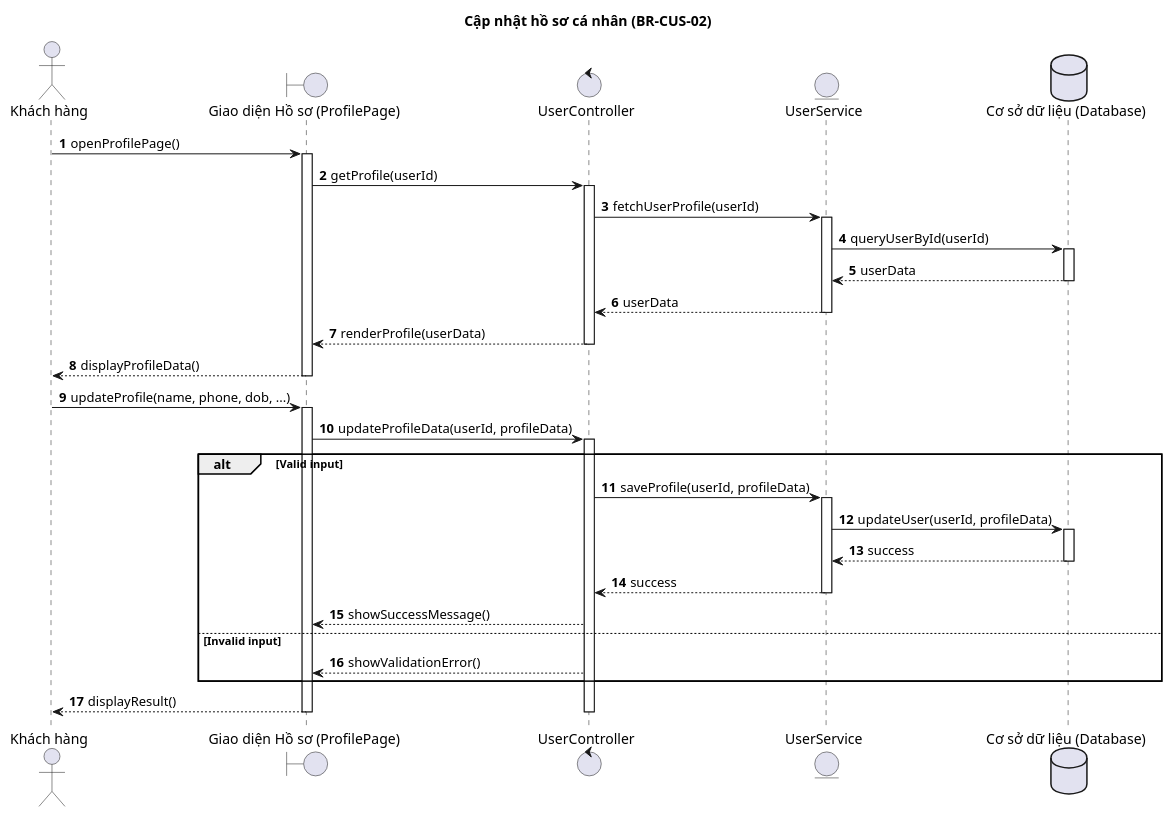
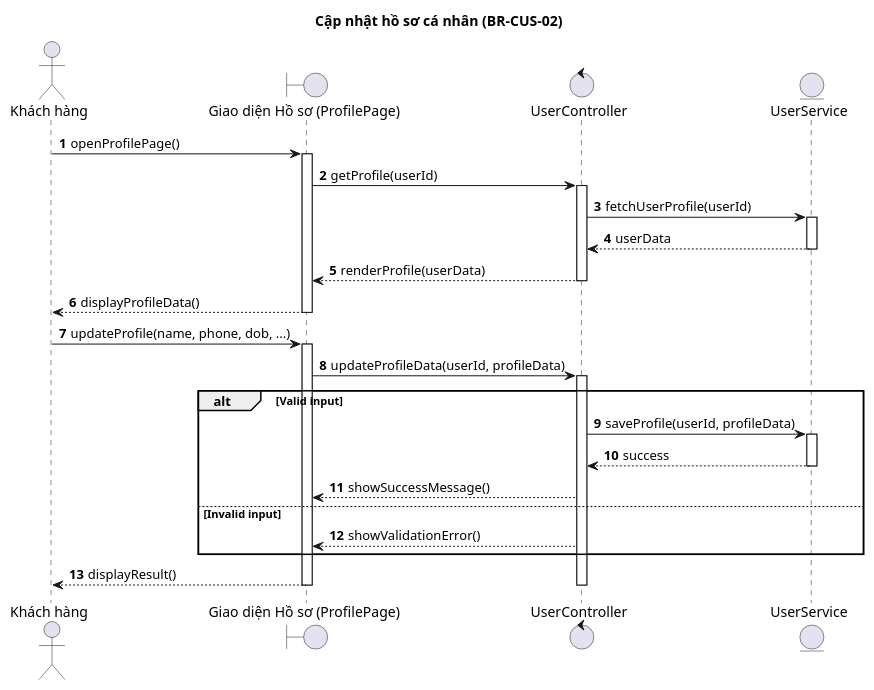
Before and after one commit to Ngo-The-Dat/e-voucher-system: the diagram in doc/sequence/KhachHang/Cap_nhat_ho_so.wsd, drawn with PlantUML. The commit also changed 7 other files, not shown here.

Commit message:
docs: 📖 update customer sequence diagrams to remove internal DB interactions and match current implementation

```diff
--- a/doc/sequence/KhachHang/Cap_nhat_ho_so.wsd
+++ b/doc/sequence/KhachHang/Cap_nhat_ho_so.wsd
@@ -1,48 +1,39 @@
 @startuml
 title Cập nhật hồ sơ cá nhân (BR-CUS-02)
 
 autonumber
 actor "Khách hàng" as KH
 boundary "Giao diện Hồ sơ (ProfilePage)" as UI
 control "UserController" as Controller
 entity "UserService" as Service
-database "Cơ sở dữ liệu (Database)" as DB
 
 KH -> UI : openProfilePage()
 activate UI
 UI -> Controller : getProfile(userId)
 activate Controller
 Controller -> Service : fetchUserProfile(userId)
 activate Service
-Service -> DB : queryUserById(userId)
-activate DB
-DB --> Service : userData
-deactivate DB
 Service --> Controller : userData
 deactivate Service
 Controller --> UI : renderProfile(userData)
 deactivate Controller
 UI --> KH : displayProfileData()
 deactivate UI
 
 KH -> UI : updateProfile(name, phone, dob, ...)
 activate UI
 UI -> Controller : updateProfileData(userId, profileData)
 activate Controller
 alt Valid input
     Controller -> Service : saveProfile(userId, profileData)
     activate Service
-    Service -> DB : updateUser(userId, profileData)
-    activate DB
-    DB --> Service : success
-    deactivate DB
     Service --> Controller : success
     deactivate Service
     Controller --> UI : showSuccessMessage()
 else Invalid input
     Controller --> UI : showValidationError()
 end
 UI --> KH : displayResult()
 deactivate Controller
 deactivate UI
 @enduml
```
